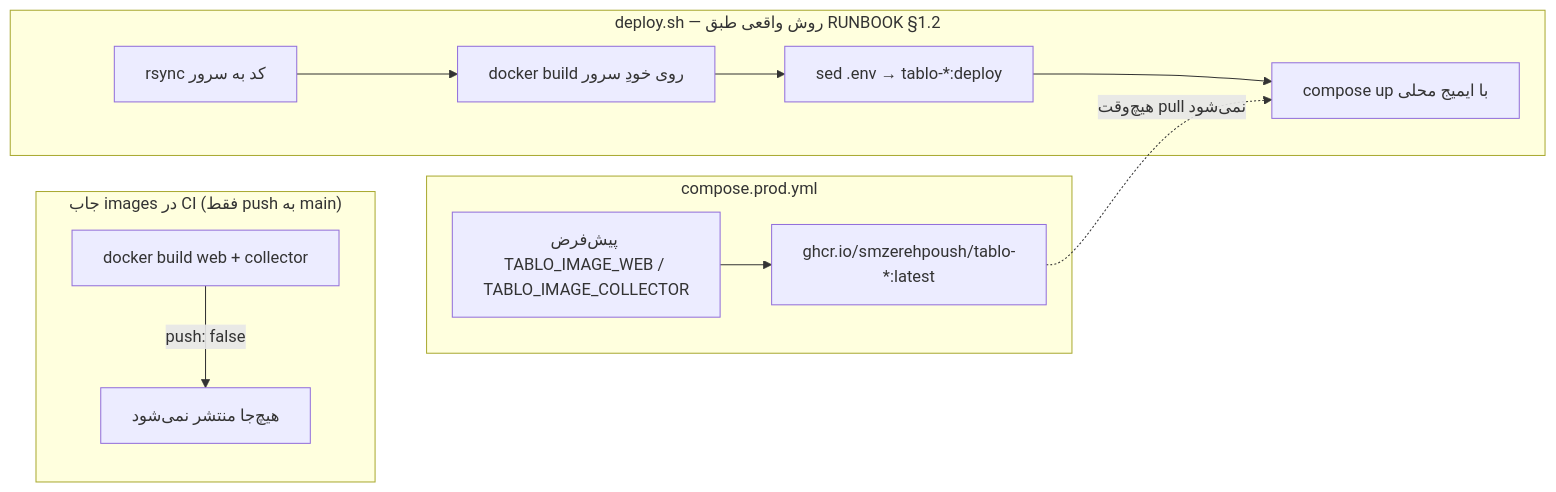
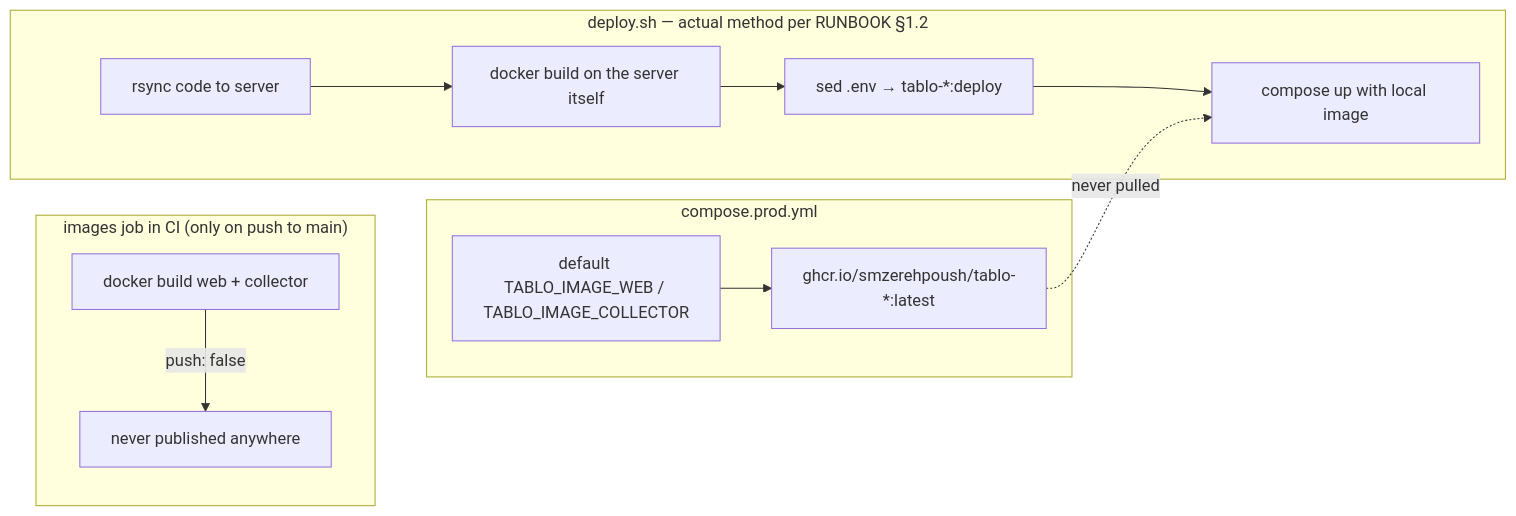
The diagram in docs/03-tech-debt.md (smzerehpoush/mazane.online), drawn with Mermaid before and after one commit. The commit also changed other lines of this file and 175 other files, not shown here.

````diff
--- a/docs/03-tech-debt.md
+++ b/docs/03-tech-debt.md
@@ -45,15 +46,15 @@
 ```mermaid
 flowchart LR
-    subgraph CIJ["جاب images در CI (فقط push به main)"]
-        A["docker build web + collector"] -->|"push: false"| B["هیچ‌جا منتشر نمی‌شود"]
+    subgraph CIJ["images job in CI (only on push to main)"]
+        A["docker build web + collector"] -->|"push: false"| B["never published anywhere"]
     end
     subgraph CMP["compose.prod.yml"]
-        C["پیش‌فرض TABLO_IMAGE_WEB / TABLO_IMAGE_COLLECTOR"] --> D["ghcr.io/smzerehpoush/tablo-*:latest"]
+        C["default TABLO_IMAGE_WEB / TABLO_IMAGE_COLLECTOR"] --> D["ghcr.io/smzerehpoush/tablo-*:latest"]
     end
-    subgraph DPL["deploy.sh — روش واقعی طبق RUNBOOK §1.2"]
-        E["rsync کد به سرور"] --> F["docker build روی خودِ سرور"]
+    subgraph DPL["deploy.sh — actual method per RUNBOOK §1.2"]
+        E["rsync code to server"] --> F["docker build on the server itself"]
         F --> G["sed .env → tablo-*:deploy"]
-        G --> H["compose up با ایمیج محلی"]
+        G --> H["compose up with local image"]
     end
-    D -. "هیچ‌وقت pull نمی‌شود" .-> H
+    D -. "never pulled" .-> H
 ```
````
